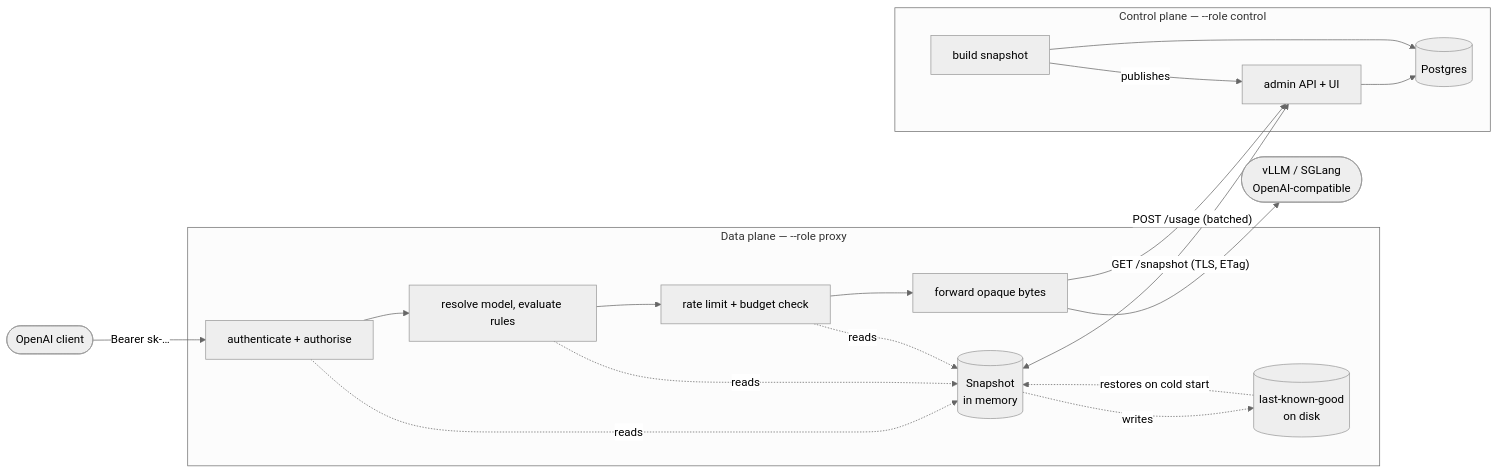
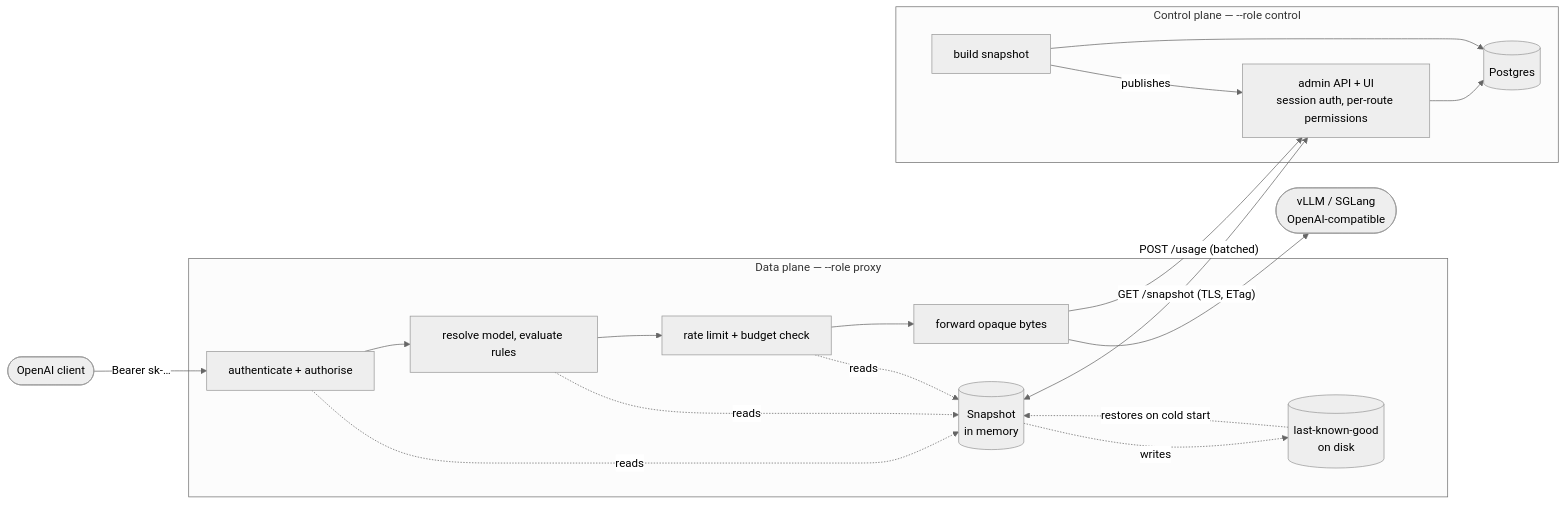
One commit to azrtydxb/Fastllm-proxy changed the first of 3 diagrams in docs/architecture.md. Above: the diagram before and after it, drawn with Mermaid (neutral theme). The commit also changed other lines of this file, not shown here.

First line of the commit message:
Correct the architecture doc to match the code it describes

````diff
--- a/docs/architecture.md
+++ b/docs/architecture.md
@@ -13,34 +13,34 @@
 ```mermaid
 flowchart LR
     client([OpenAI client])
 
     subgraph dp["Data plane — --role proxy"]
         auth[authenticate + authorise]
         route[resolve model, evaluate rules]
         limit[rate limit + budget check]
         fwd[forward opaque bytes]
         snap[(Snapshot<br/>in memory)]
         cache[(last-known-good<br/>on disk)]
     end
 
     subgraph cp["Control plane — --role control"]
-        admin[admin API + UI]
+        admin["admin API + UI<br/>session auth, per-route permissions"]
         build[build snapshot]
         pg[(Postgres)]
     end
 
     backend([vLLM / SGLang<br/>OpenAI-compatible])
 
     client -->|"Bearer sk-…"| auth --> route --> limit --> fwd --> backend
     auth -.reads.-> snap
     route -.reads.-> snap
     limit -.reads.-> snap
 
     admin --> pg
     build --> pg
     build -->|publishes| admin
     snap <-->|"GET /snapshot (TLS, ETag)"| admin
     snap -.writes.-> cache
     cache -.restores on cold start.-> snap
     fwd -->|"POST /usage (batched)"| admin
 ```
````
